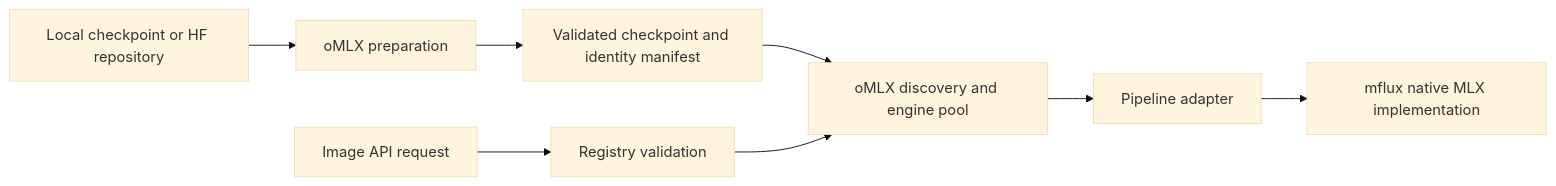
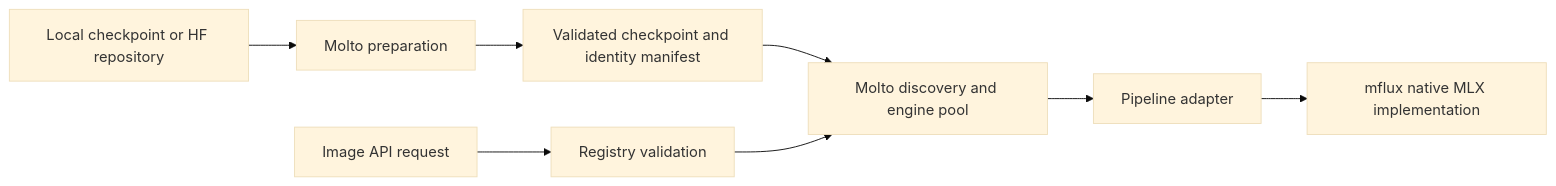
One commit to abdufelsayed/molto changed the diagram in docs/image-models.md. Above: the diagram before and after it, drawn with Mermaid (base theme). The commit also changed other lines of this file and 1833 other files, not shown here.

````diff
--- a/docs/image-models.md
+++ b/docs/image-models.md
@@ -14,10 +14,10 @@
 ```mermaid
 flowchart LR
-    Source[Local checkpoint or HF repository] --> Prepare[oMLX preparation]
+    Source[Local checkpoint or HF repository] --> Prepare[Molto preparation]
     Prepare --> Checkpoint[Validated checkpoint and identity manifest]
-    Checkpoint --> Pool[oMLX discovery and engine pool]
+    Checkpoint --> Pool[Molto discovery and engine pool]
     Request[Image API request] --> Validate[Registry validation]
     Validate --> Pool
     Pool --> Adapter[Pipeline adapter]
     Adapter --> Runtime[mflux native MLX implementation]
 ```
````
